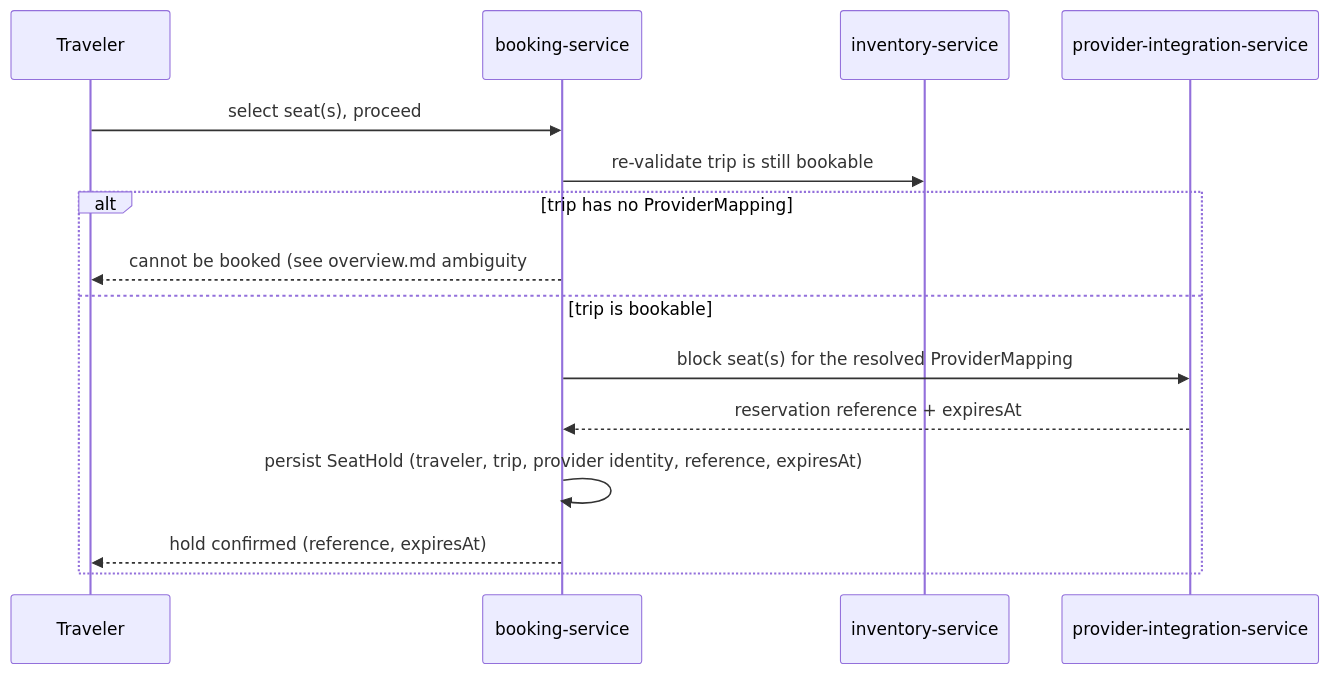
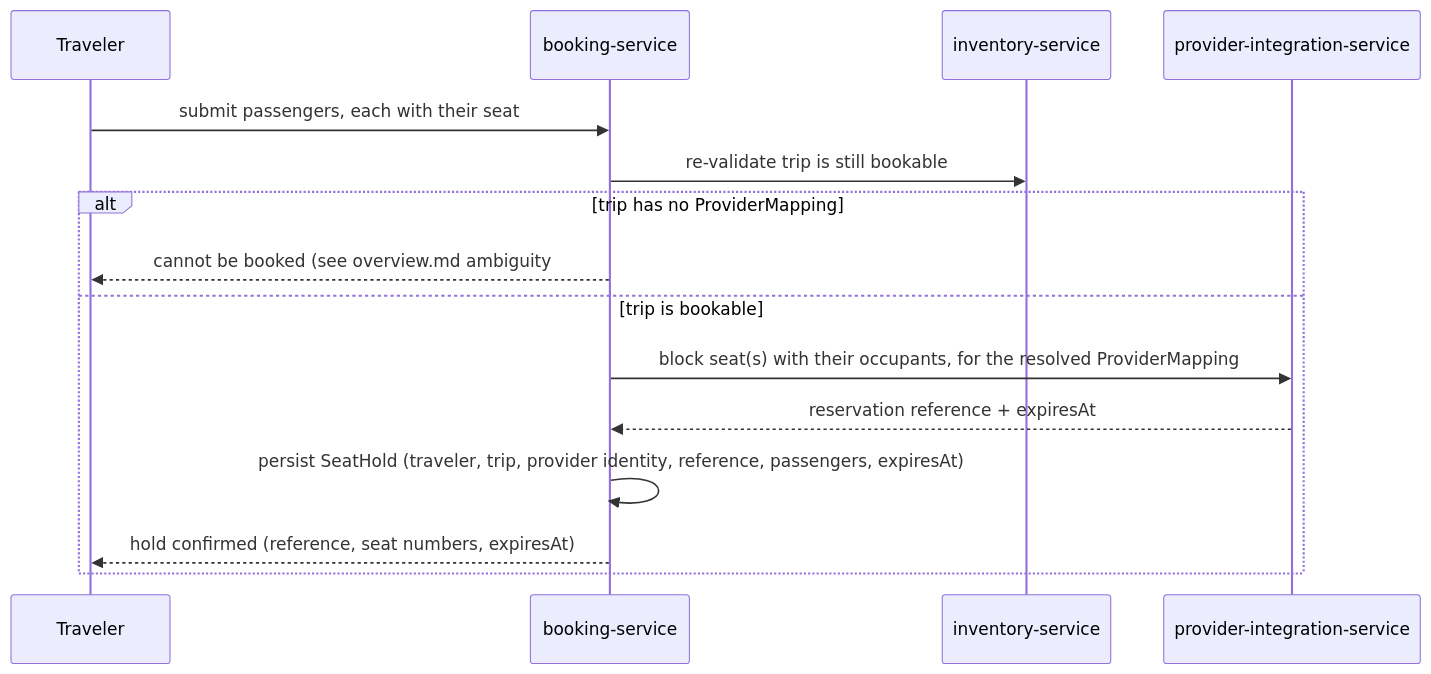
Before and after one commit to chrajesh167/roadscanner: the second of 7 diagrams in docs/services/booking-service/sequence-diagrams.md, drawn with Mermaid. The commit also changed other lines of this file and 79 other files, not shown here.

````diff
--- a/docs/services/booking-service/sequence-diagrams.md
+++ b/docs/services/booking-service/sequence-diagrams.md
@@ -32,18 +32,18 @@
 ```mermaid
 sequenceDiagram
     participant T as Traveler
     participant BS as booking-service
     participant IS as inventory-service
     participant PIS as provider-integration-service
 
-    T->>BS: select seat(s), proceed
+    T->>BS: submit passengers, each with their seat
     BS->>IS: re-validate trip is still bookable
     alt trip has no ProviderMapping
         BS-->>T: cannot be booked (see overview.md ambiguity #2)
     else trip is bookable
-        BS->>PIS: block seat(s) for the resolved ProviderMapping
+        BS->>PIS: block seat(s) with their occupants, for the resolved ProviderMapping
         PIS-->>BS: reservation reference + expiresAt
-        BS->>BS: persist SeatHold (traveler, trip, provider identity, reference, expiresAt)
-        BS-->>T: hold confirmed (reference, expiresAt)
+        BS->>BS: persist SeatHold (traveler, trip, provider identity, reference, passengers, expiresAt)
+        BS-->>T: hold confirmed (reference, seat numbers, expiresAt)
     end
 ```
````
